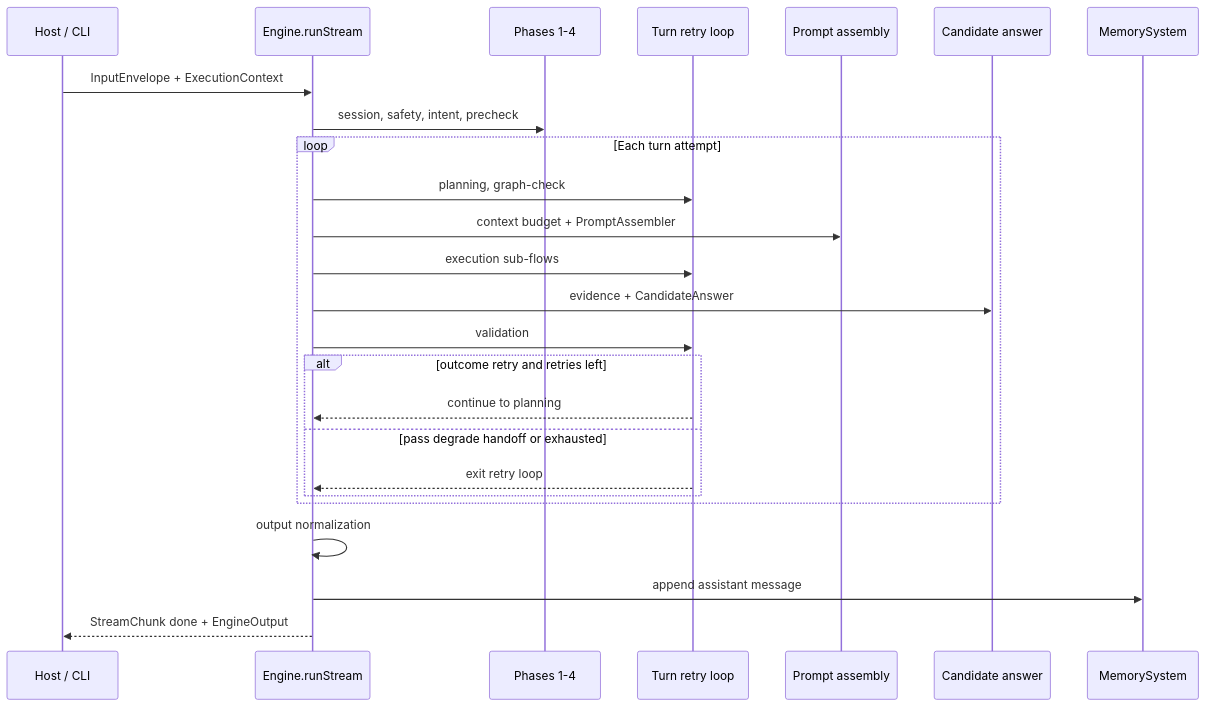
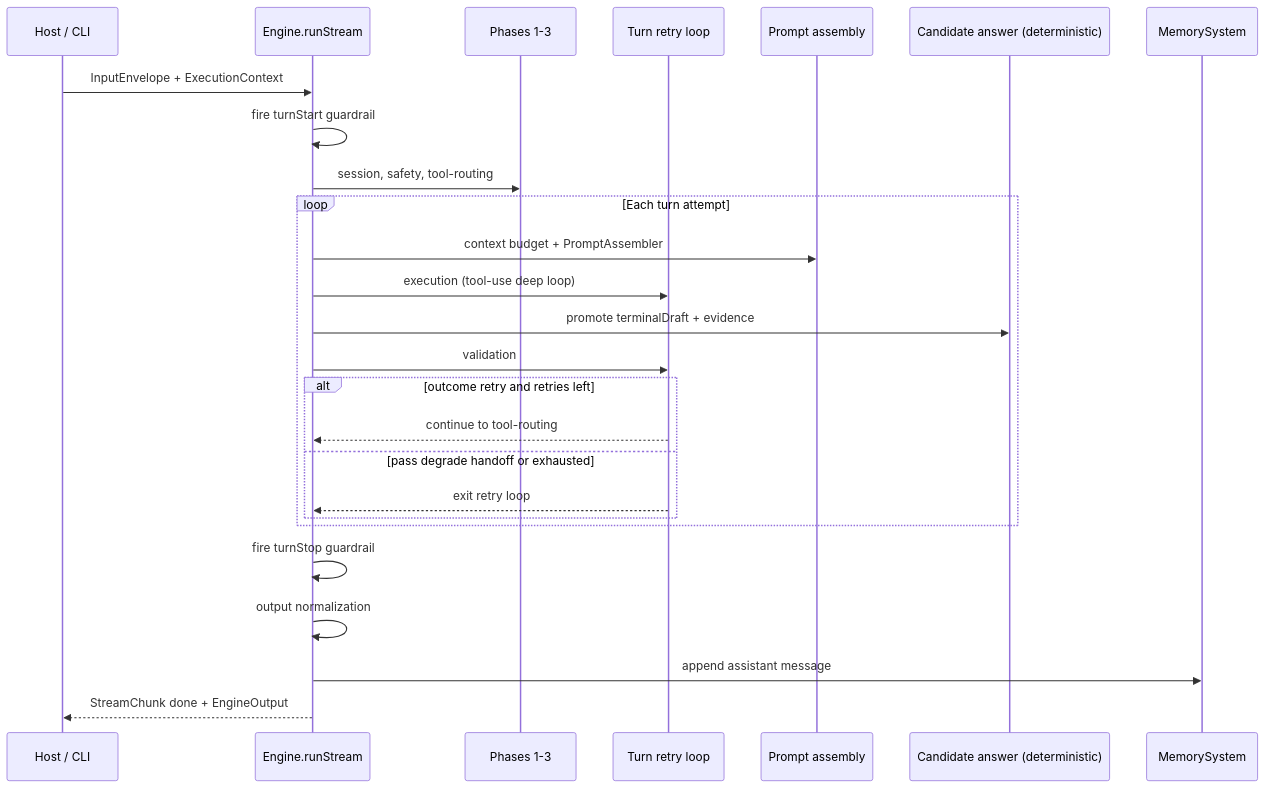
The fifth of 7 diagrams in docs/architecture/pipeline-phases.md (dangaogit/tachu), drawn with Mermaid before and after one commit. The commit also changed other lines of this file and 103 other files, not shown here.

````diff
--- a/docs/architecture/pipeline-phases.md
+++ b/docs/architecture/pipeline-phases.md
@@ -100,28 +154,29 @@
 ```mermaid
 sequenceDiagram
     participant Host as Host / CLI
     participant Eng as Engine.runStream
-    participant P as Phases 1-4
+    participant P as Phases 1-3
     participant Retry as Turn retry loop
     participant Asm as Prompt assembly
-    participant CA as Candidate answer
+    participant CA as Candidate answer (deterministic)
     participant Mem as MemorySystem
 
     Host->>Eng: InputEnvelope + ExecutionContext
-    Eng->>P: session, safety, intent, precheck
+    Eng->>Eng: fire turnStart guardrail
+    Eng->>P: session, safety, tool-routing
     loop Each turn attempt
-        Eng->>Retry: planning, graph-check
         Eng->>Asm: context budget + PromptAssembler
-        Eng->>Retry: execution sub-flows
-        Eng->>CA: evidence + CandidateAnswer
+        Eng->>Retry: execution (tool-use deep loop)
+        Eng->>CA: promote terminalDraft + evidence
         Eng->>Retry: validation
         alt outcome retry and retries left
-            Retry-->>Eng: continue to planning
+            Retry-->>Eng: continue to tool-routing
         else pass degrade handoff or exhausted
             Retry-->>Eng: exit retry loop
         end
     end
+    Eng->>Eng: fire turnStop guardrail
     Eng->>Eng: output normalization
     Eng->>Mem: append assistant message
     Eng-->>Host: StreamChunk done + EngineOutput
 ```
````
